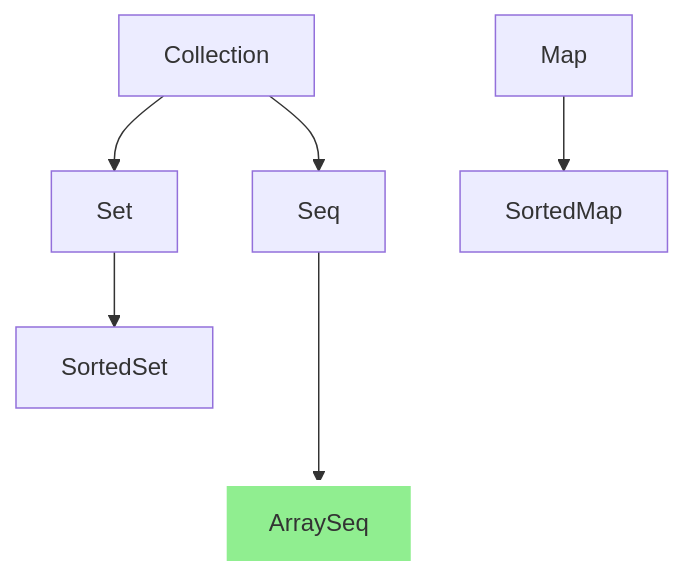
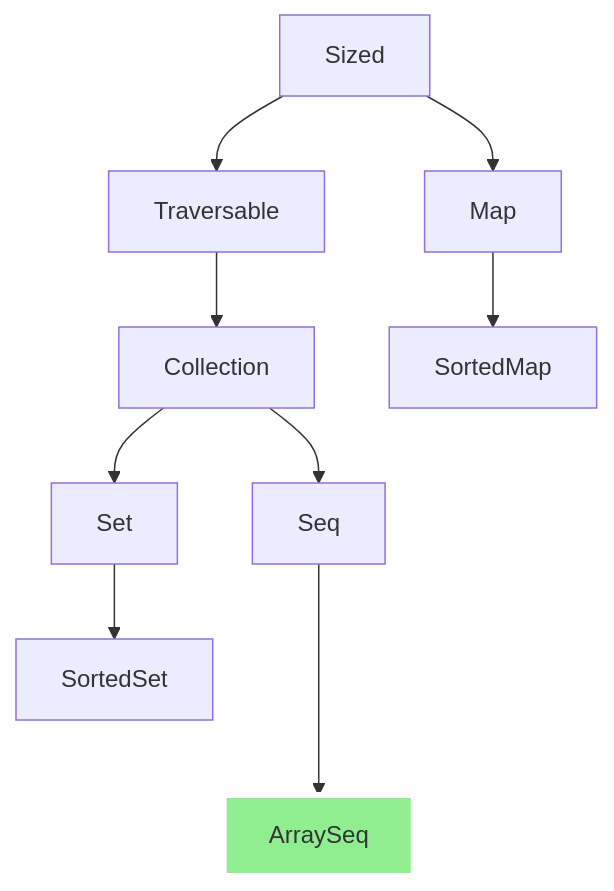
One commit to Glavo/kala-common changed the first of 3 diagrams in docs/Tutorial.md. Above: the diagram before and after it, drawn with Mermaid. The commit also changed other lines of this file, not shown here.

Commit message:
Update Tutorial

````diff
--- a/docs/Tutorial.md
+++ b/docs/Tutorial.md
@@ -31,13 +31,16 @@
 ```mermaid
 graph TD;
+    Sized --> Traversable;
+    Sized --> Map;
+    Traversable --> Collection;
     Collection --> Seq;
     Collection --> Set;
     Set --> SortedSet;
 
     Seq ---> ArraySeq;
 
     Map --> SortedMap;
 
     classDef impl fill: #90EE90, stroke: #fff, stroke-width: 4px;
     class ArraySeq impl;
 ```
````
